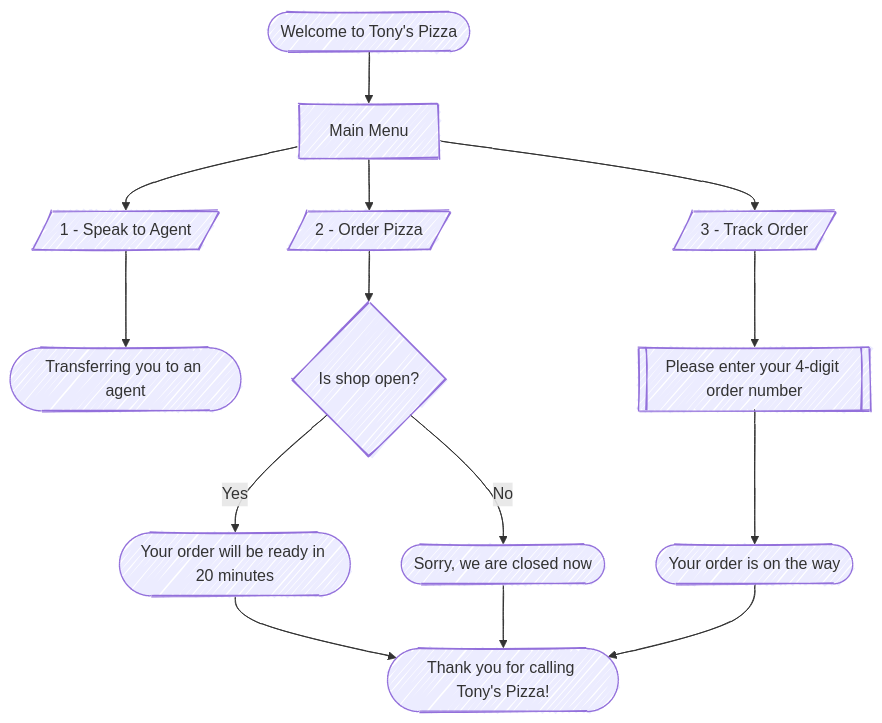
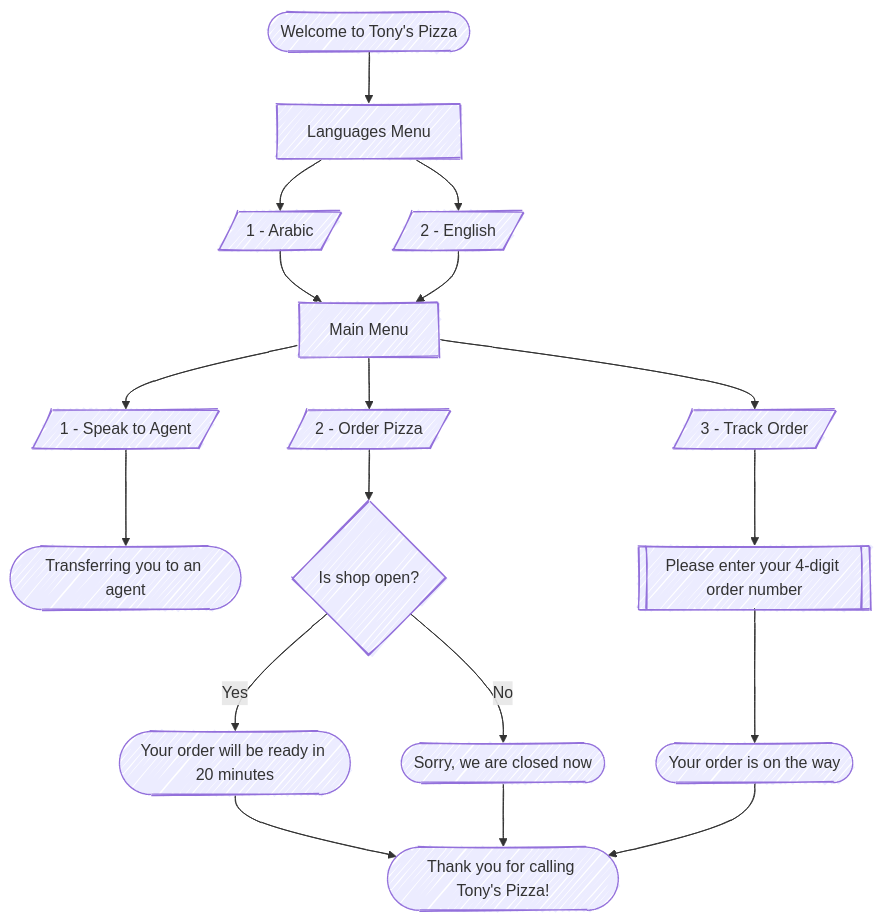
Before and after one commit to moazmohamed20-ist/internship-material: the diagram in Projects/Project 0 - Pizza Shop IVR.md, drawn with Mermaid. The commit also changed other lines of this file, not shown here.

Commit message:
Add Lang Menu to Pizza Shop IVR

````diff
--- a/Projects/Project 0 - Pizza Shop IVR.md
+++ b/Projects/Project 0 - Pizza Shop IVR.md
@@ -5,27 +5,31 @@
 ```mermaid
 ---
 config:
   layout: dagre
   look: handDrawn
 ---
 flowchart TD
-    A(["Welcome to Tony's Pizza"]) --> M1["Main Menu"]
+    A(["Welcome to Tony's Pizza"]) --> A1["Languages Menu"]
+    A1 --> L1[/"1 - Arabic"/] & L2[/"2 - English"/]
+
+    L1 --> M1["Main Menu"]
+    L2 --> M1
     M1 --> O1[/"1 - Speak to Agent"/] & O2[/"2 - Order Pizza"/] & O3[/"3 - Track Order"/]
 
     %% Speak to Staff Branch
     O1 --> P4(["Transferring you to an agent"])
 
     %% Order Pizza Branch
     O2 --> D{"Is shop open?"}
     D -- Yes --> P1(["Your order will be ready in 20 minutes"])
     D -- No --> P2(["Sorry, we are closed now"])
 
     %% Track Order Branch with Input
     O3 --> I1[["Please enter your 4-digit order number"]]
     I1 --> P3(["Your order is on the way"])
 
     %% End
     P1 --> Z(["Thank you for calling Tony's Pizza!"])
     P2 --> Z
     P3 --> Z
 ```
````
